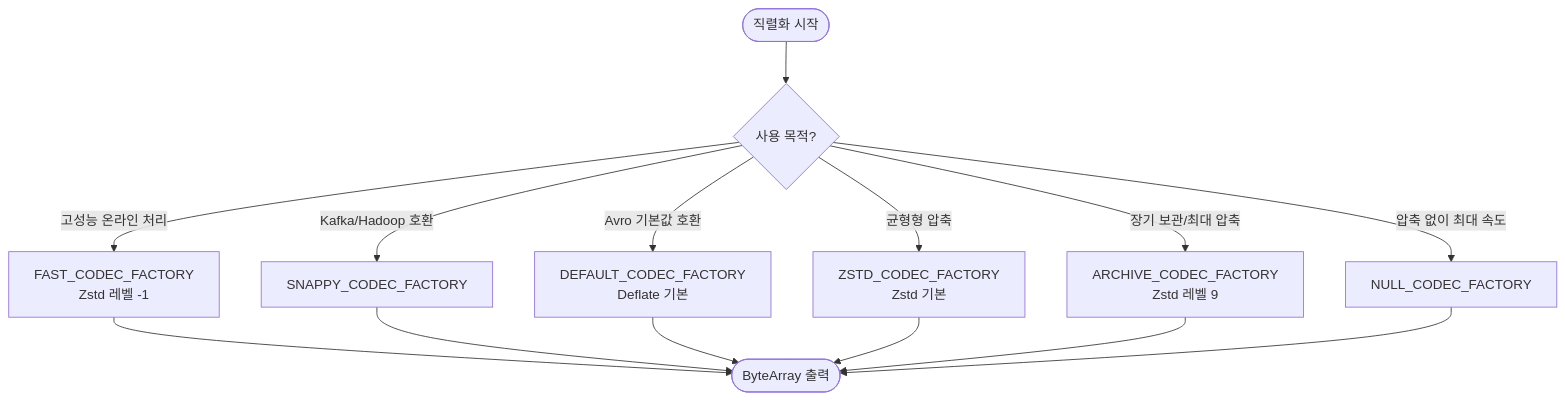
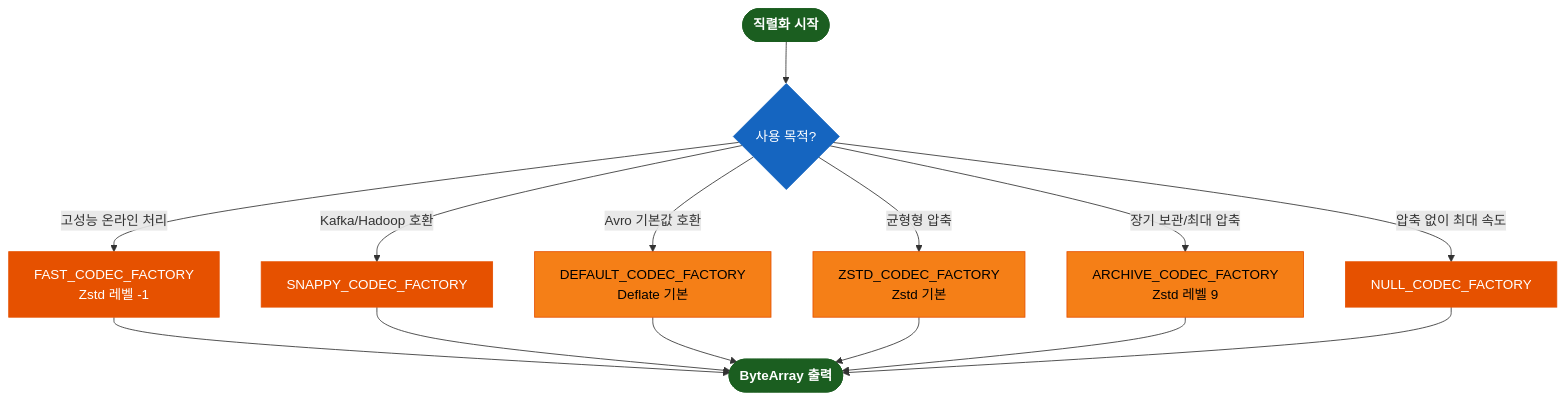
One commit to bluetape4k/bluetape4k-projects changed the third of 3 diagrams in io/avro/README.ko.md. Above: the diagram before and after it, drawn with Mermaid. The commit also changed other lines of this file and 221 other files, not shown here.

First line of the commit message:
docs: 전체 모듈 README UML 다이어그램 보강 및 색상 업그레이드

````diff
--- a/io/avro/README.ko.md
+++ b/io/avro/README.ko.md
@@ -199,16 +212,26 @@
 ```mermaid
 flowchart TD
     시작([직렬화 시작]) --> 용도{사용 목적?}
     용도 -->|고성능 온라인 처리| FAST[FAST_CODEC_FACTORY<br/>Zstd 레벨 -1]
     용도 -->|Kafka/Hadoop 호환| SNAPPY[SNAPPY_CODEC_FACTORY]
     용도 -->|Avro 기본값 호환| DEFAULT[DEFAULT_CODEC_FACTORY<br/>Deflate 기본]
     용도 -->|균형형 압축| ZSTD[ZSTD_CODEC_FACTORY<br/>Zstd 기본]
     용도 -->|장기 보관/최대 압축| ARCHIVE[ARCHIVE_CODEC_FACTORY<br/>Zstd 레벨 9]
     용도 -->|압축 없이 최대 속도| NULL[NULL_CODEC_FACTORY]
     FAST --> 직렬화([ByteArray 출력])
     SNAPPY --> 직렬화
     DEFAULT --> 직렬화
     ZSTD --> 직렬화
     ARCHIVE --> 직렬화
     NULL --> 직렬화
+
+    classDef coreStyle fill:#1B5E20,stroke:#1B5E20,color:#FFFFFF,font-weight:bold
+    classDef serviceStyle fill:#1565C0,stroke:#1565C0,color:#FFFFFF
+    classDef utilStyle fill:#E65100,stroke:#E65100,color:#FFFFFF
+    classDef dataStyle fill:#F57F17,stroke:#E65100,color:#000000
+
+    class 시작,직렬화 coreStyle
+    class 용도 serviceStyle
+    class FAST,SNAPPY,NULL utilStyle
+    class DEFAULT,ZSTD,ARCHIVE dataStyle
 ```
````
